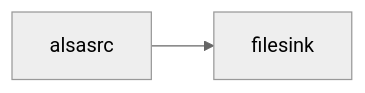
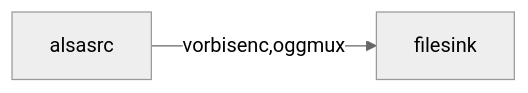
Before and after one commit to lankahsu520/HelperX: diagram 20 of 31 in helper_GStreamer.md, drawn with Mermaid (neutral theme). The commit also changed other lines of this file, not shown here.

````diff
--- a/helper_GStreamer.md
+++ b/helper_GStreamer.md
@@ -732,7 +725,7 @@
 ```mermaid
 flowchart LR
 	alsasrc[alsasrc]
 	filesink[filesink]
 
-	alsasrc --> filesink
+	alsasrc --> |vorbisenc,oggmux| filesink
 ```
````
